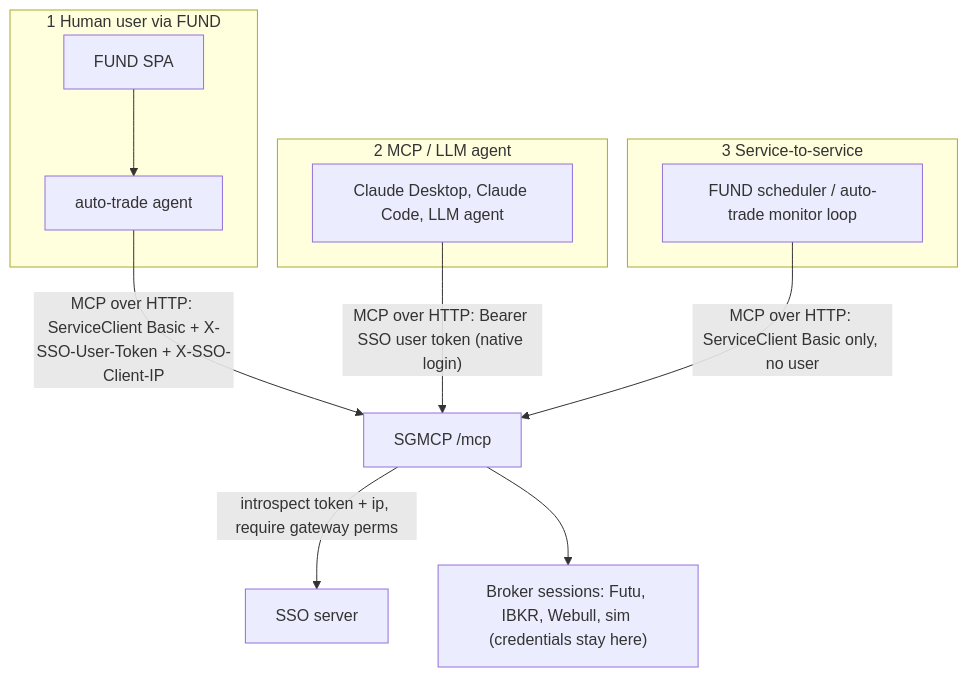
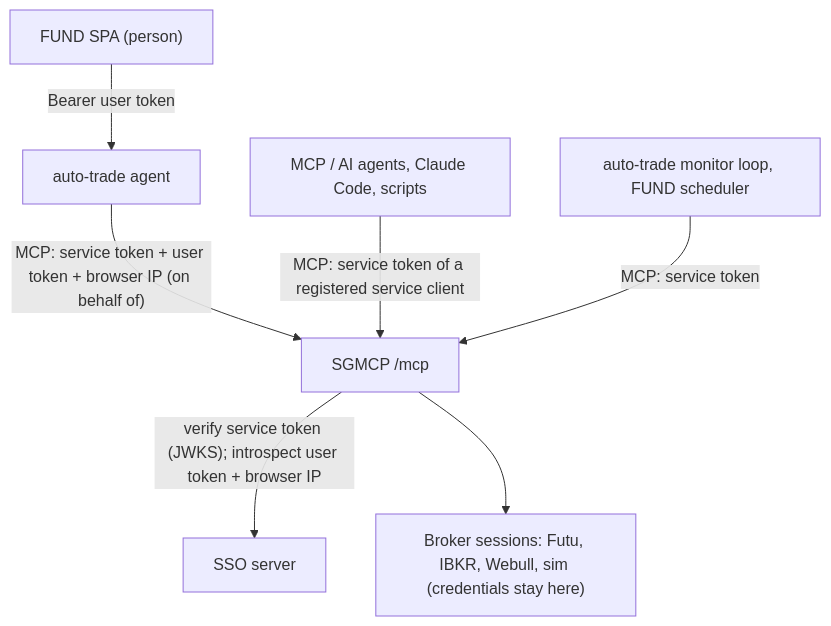
One commit to Neural-Matrix-LLC/SSO-server changed the sixth of 14 diagrams in docs/ECOSYSTEM-INTEGRATION.md. Above: the diagram before and after it, drawn with Mermaid. The commit also changed other lines of this file and 4 other files, not shown here.

````diff
--- a/docs/ECOSYSTEM-INTEGRATION.md
+++ b/docs/ECOSYSTEM-INTEGRATION.md
@@ -258,17 +336,9 @@
 ```mermaid
 flowchart TB
-  subgraph Human["1 Human user via FUND"]
-    SPA["FUND SPA"] --> AT["auto-trade agent"]
-  end
-  subgraph Agent["2 MCP / LLM agent"]
-    MCPC["Claude Desktop, Claude Code, LLM agent"]
-  end
-  subgraph S2S["3 Service-to-service"]
-    SCHED["FUND scheduler / auto-trade monitor loop"]
-  end
-  AT -- "MCP over HTTP: ServiceClient Basic + X-SSO-User-Token + X-SSO-Client-IP" --> GW["SGMCP /mcp"]
-  MCPC -- "MCP over HTTP: Bearer SSO user token (native login)" --> GW
-  SCHED -- "MCP over HTTP: ServiceClient Basic only, no user" --> GW
-  GW -- "introspect token + ip, require gateway perms" --> SSO["SSO server"]
+  SPA["FUND SPA (person)"] -- "Bearer user token" --> AT["auto-trade agent"]
+  AT -- "MCP: service token + user token + browser IP (on behalf of)" --> GW["SGMCP /mcp"]
+  MCPC["MCP / AI agents, Claude Code, scripts"] -- "MCP: service token of a registered service client" --> GW
+  SCHED["auto-trade monitor loop, FUND scheduler"] -- "MCP: service token" --> GW
+  GW -- "verify service token (JWKS); introspect user token + browser IP" --> SSO["SSO server"]
   GW --> BRK["Broker sessions: Futu, IBKR, Webull, sim (credentials stay here)"]
 ```
````
